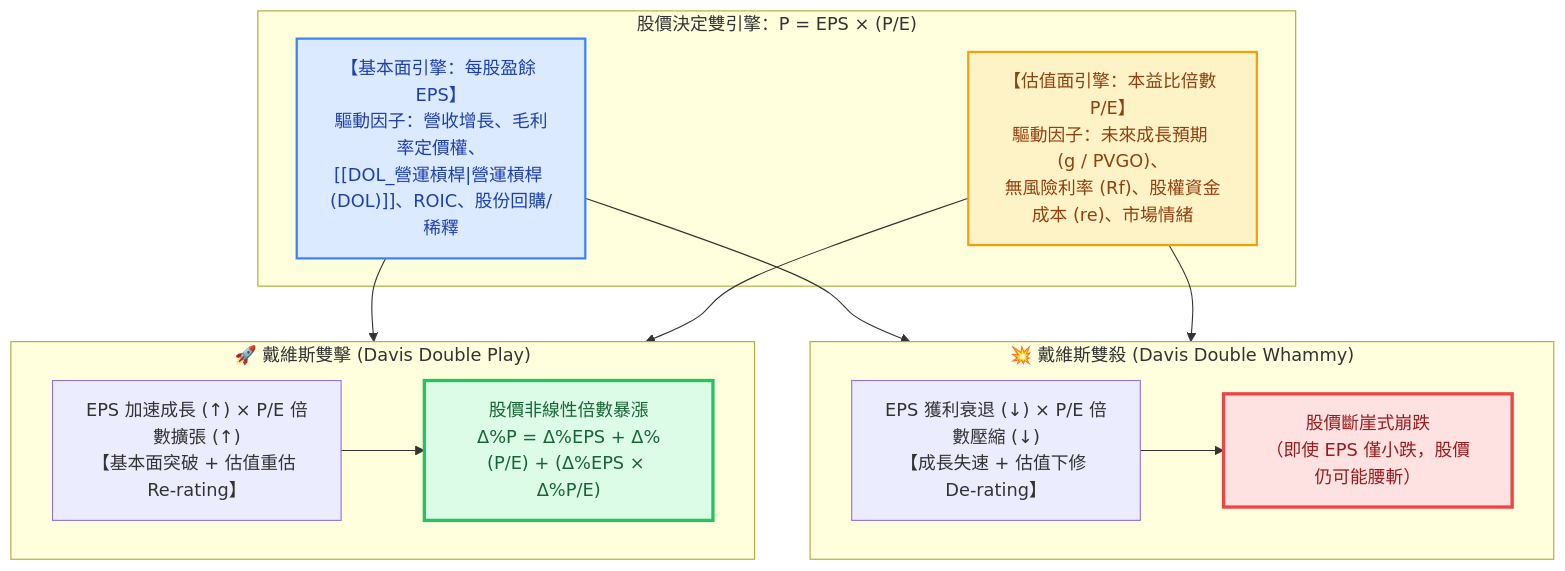
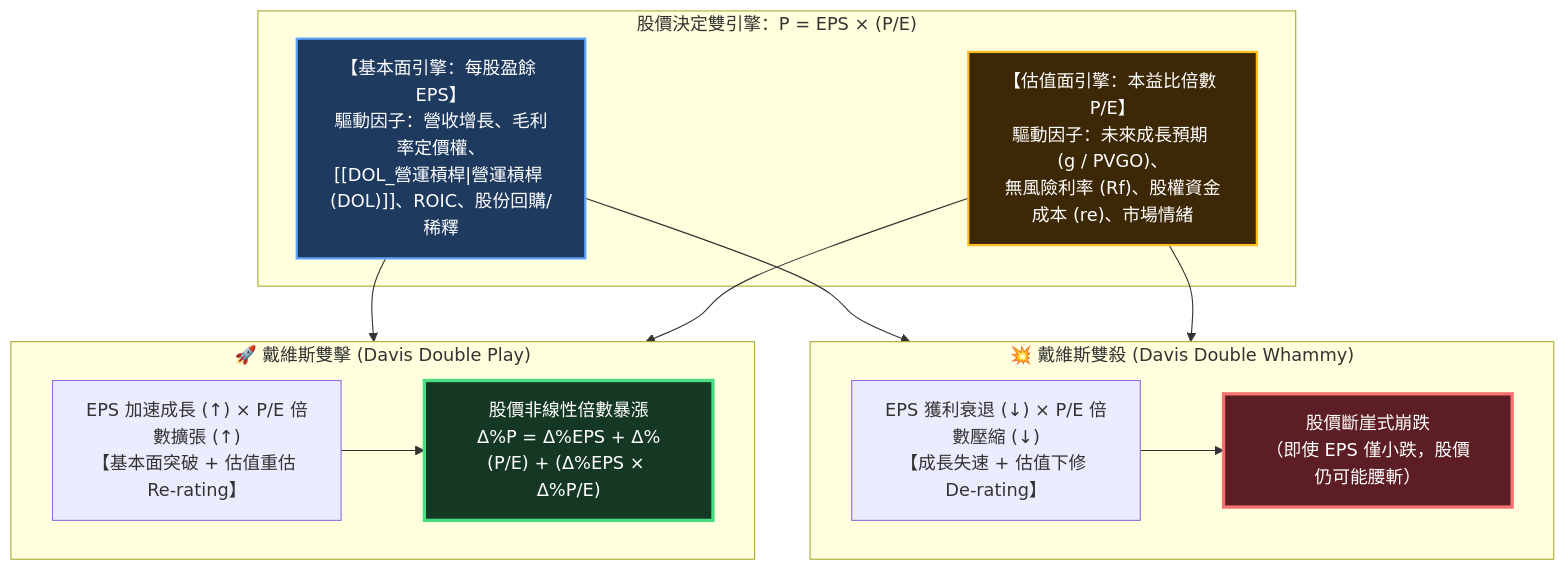
Before and after one commit to Jimlin0428/my-digital-garden: the diagram in src/site/notes/98_商業概念庫/davis-double-whammy_戴維斯雙殺效應.md, drawn with Mermaid. The commit also changed 58 other files, not shown here.

````diff
--- a/src/site/notes/98_商業概念庫/davis-double-whammy_戴維斯雙殺效應.md
+++ b/src/site/notes/98_商業概念庫/davis-double-whammy_戴維斯雙殺效應.md
@@ -26,29 +26,29 @@
 ```mermaid
 flowchart TD
     subgraph Factors ["股價決定雙引擎：P = EPS × (P/E)"]
         EPS_Node["【基本面引擎：每股盈餘 EPS】<br>驅動因子：營收增長、毛利率定價權、<br>[[DOL_營運槓桿|營運槓桿 (DOL)]]、ROIC、股份回購/稀釋"]
         PE_Node["【估值面引擎：本益比倍數 P/E】<br>驅動因子：未來成長預期 (g / PVGO)、<br>無風險利率 (Rf)、股權資金成本 (re)、市場情緒"]
     end
 
     subgraph Double_Play ["🚀 戴維斯雙擊 (Davis Double Play)"]
         DP_Cond["EPS 加速成長 (↑) × P/E 倍數擴張 (↑)<br>【基本面突破 + 估值重估 Re-rating】"]
         DP_Result["股價非線性倍數暴漲<br>Δ%P = Δ%EPS + Δ%(P/E) + (Δ%EPS × Δ%P/E)"]
         DP_Cond --> DP_Result
     end
 
     subgraph Double_Whammy ["💥 戴維斯雙殺 (Davis Double Whammy)"]
         DW_Cond["EPS 獲利衰退 (↓) × P/E 倍數壓縮 (↓)<br>【成長失速 + 估值下修 De-rating】"]
         DW_Result["股價斷崖式崩跌<br>（即使 EPS 僅小跌，股價仍可能腰斬）"]
         DW_Cond --> DW_Result
     end
 
     EPS_Node --> Double_Play
     PE_Node --> Double_Play
     EPS_Node --> Double_Whammy
     PE_Node --> Double_Whammy
 
-    style DP_Result fill:#dcfce7,stroke:#22c55e,stroke-width:3px,color:#166534
-    style DW_Result fill:#fee2e2,stroke:#ef4444,stroke-width:3px,color:#991b1b
-    style EPS_Node fill:#dbeafe,stroke:#3b82f6,stroke-width:2px,color:#1e40af
-    style PE_Node fill:#fef3c7,stroke:#f59e0b,stroke-width:2px,color:#92400e
+    style DP_Result fill:#143823,stroke:#4ade80,stroke-width:3px,color:#ffffff
+    style DW_Result fill:#5c1d24,stroke:#f87171,stroke-width:3px,color:#ffffff
+    style EPS_Node fill:#1e3a5f,stroke:#60a5fa,stroke-width:2px,color:#ffffff
+    style PE_Node fill:#3d2806,stroke:#fbbf24,stroke-width:2px,color:#ffffff
 ```
````
